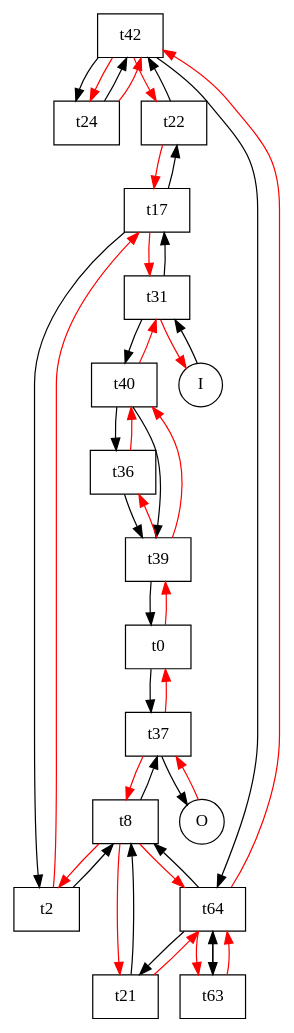
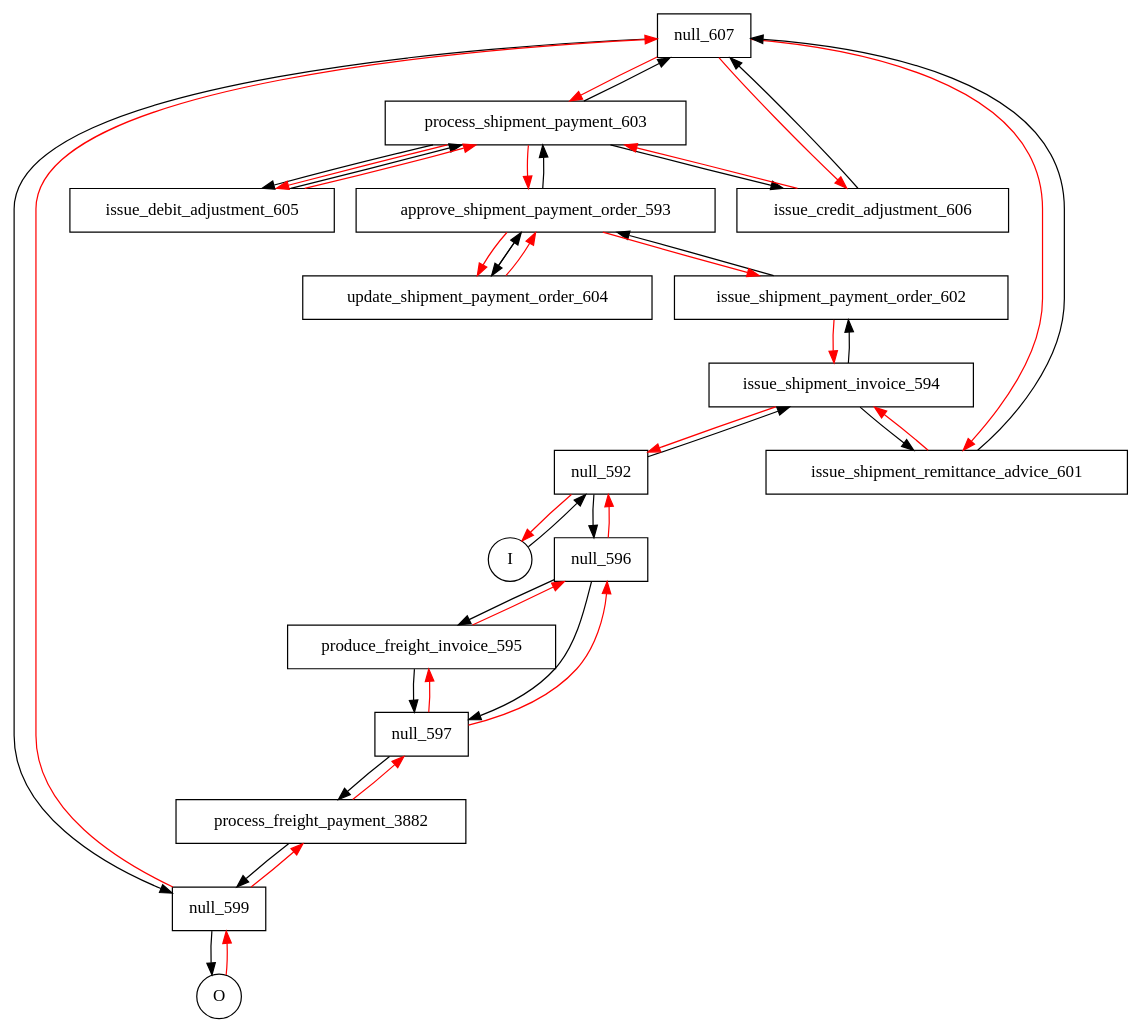
One commit to nricci/YAWL2FSP changed the diagram in output/payment.dot. Above: the diagram before and after it, drawn with Graphviz. The commit also changed 35 other files, not shown here.

```diff
--- a/output/payment.dot
+++ b/output/payment.dot
@@ -1,68 +1,68 @@
 digraph {
 	// PAYMENT
 
 	// Elements
-	t42 [shape=box];
-	t40 [shape=box];
-	t36 [shape=box];
-	t31 [shape=box];
-	t37 [shape=box];
-	t39 [shape=box];
-	t21 [shape=box];
-	t24 [shape=box];
-	t22 [shape=box];
-	t17 [shape=box];
-	t8 [shape=box];
-	t2 [shape=box];
-	t0 [shape=box];
-	t63 [shape=box];
-	t64 [shape=box];
-	c27 [shape=circle][label=O];
-	c2 [shape=circle][label=I];
+	null_607 [shape=box];
+	produce_freight_invoice_595 [shape=box];
+	process_shipment_payment_603 [shape=box];
+	null_592 [shape=box];
+	null_599 [shape=box];
+	null_597 [shape=box];
+	null_596 [shape=box];
+	issue_shipment_remittance_advice_601 [shape=box];
+	issue_shipment_payment_order_602 [shape=box];
+	process_freight_payment_3882 [shape=box];
+	update_shipment_payment_order_604 [shape=box];
+	approve_shipment_payment_order_593 [shape=box];
+	issue_debit_adjustment_605 [shape=box];
+	issue_shipment_invoice_594 [shape=box];
+	issue_credit_adjustment_606 [shape=box];
+	outputcondition_45 [shape=circle][label=O];
+	inputcondition_44 [shape=circle][label=I];
 
 	// Arrows
-	c2->t31;
-	t31->t40;
-	t31->t17;
-	t31->c2[color=red];
-	t17->t2;
-	t17->t22;
-	t17->t31[color=red];
-	t22->t42;
-	t22->t17[color=red];
-	t42->t24;
-	t42->t64;
-	t42->t22[color=red];
-	t42->t24[color=red];
-	t64->t21;
-	t64->t8;
-	t64->t63;
-	t64->t42[color=red];
-	t64->t63[color=red];
-	t63->t64;
-	t63->t64[color=red];
-	t8->t37;
-	t8->t2[color=red];
-	t8->t64[color=red];
-	t8->t21[color=red];
-	t37->c27;
-	t37->t0[color=red];
-	t37->t8[color=red];
-	c27->t37[color=red];
-	t21->t8;
-	t21->t64[color=red];
-	t24->t42;
-	t24->t42[color=red];
-	t2->t8;
-	t2->t17[color=red];
-	t40->t39;
-	t40->t36;
-	t40->t31[color=red];
-	t36->t39;
-	t36->t40[color=red];
-	t39->t0;
-	t39->t40[color=red];
-	t39->t36[color=red];
-	t0->t37;
-	t0->t39[color=red];
+	inputcondition_44->null_592;
+	null_592->issue_shipment_invoice_594;
+	null_592->null_596;
+	null_592->inputcondition_44[color=red];
+	null_596->produce_freight_invoice_595;
+	null_596->null_597;
+	null_596->null_592[color=red];
+	null_597->process_freight_payment_3882;
+	null_597->null_596[color=red];
+	null_597->produce_freight_invoice_595[color=red];
+	process_freight_payment_3882->null_599;
+	process_freight_payment_3882->null_597[color=red];
+	null_599->outputcondition_45;
+	null_599->process_freight_payment_3882[color=red];
+	null_599->null_607[color=red];
+	outputcondition_45->null_599[color=red];
+	produce_freight_invoice_595->null_597;
+	produce_freight_invoice_595->null_596[color=red];
+	issue_shipment_invoice_594->issue_shipment_remittance_advice_601;
+	issue_shipment_invoice_594->issue_shipment_payment_order_602;
+	issue_shipment_invoice_594->null_592[color=red];
+	issue_shipment_payment_order_602->approve_shipment_payment_order_593;
+	issue_shipment_payment_order_602->issue_shipment_invoice_594[color=red];
+	approve_shipment_payment_order_593->update_shipment_payment_order_604;
+	approve_shipment_payment_order_593->process_shipment_payment_603;
+	approve_shipment_payment_order_593->issue_shipment_payment_order_602[color=red];
+	approve_shipment_payment_order_593->update_shipment_payment_order_604[color=red];
+	process_shipment_payment_603->null_607;
+	process_shipment_payment_603->issue_debit_adjustment_605;
+	process_shipment_payment_603->issue_credit_adjustment_606;
+	process_shipment_payment_603->approve_shipment_payment_order_593[color=red];
+	process_shipment_payment_603->issue_debit_adjustment_605[color=red];
+	issue_credit_adjustment_606->null_607;
+	issue_credit_adjustment_606->process_shipment_payment_603[color=red];
+	null_607->null_599;
+	null_607->issue_shipment_remittance_advice_601[color=red];
+	null_607->process_shipment_payment_603[color=red];
+	null_607->issue_credit_adjustment_606[color=red];
+	issue_debit_adjustment_605->process_shipment_payment_603;
+	issue_debit_adjustment_605->process_shipment_payment_603[color=red];
+	update_shipment_payment_order_604->approve_shipment_payment_order_593;
+	update_shipment_payment_order_604->approve_shipment_payment_order_593[color=red];
+	issue_shipment_remittance_advice_601->null_607;
+	issue_shipment_remittance_advice_601->issue_shipment_invoice_594[color=red];
 }
```
